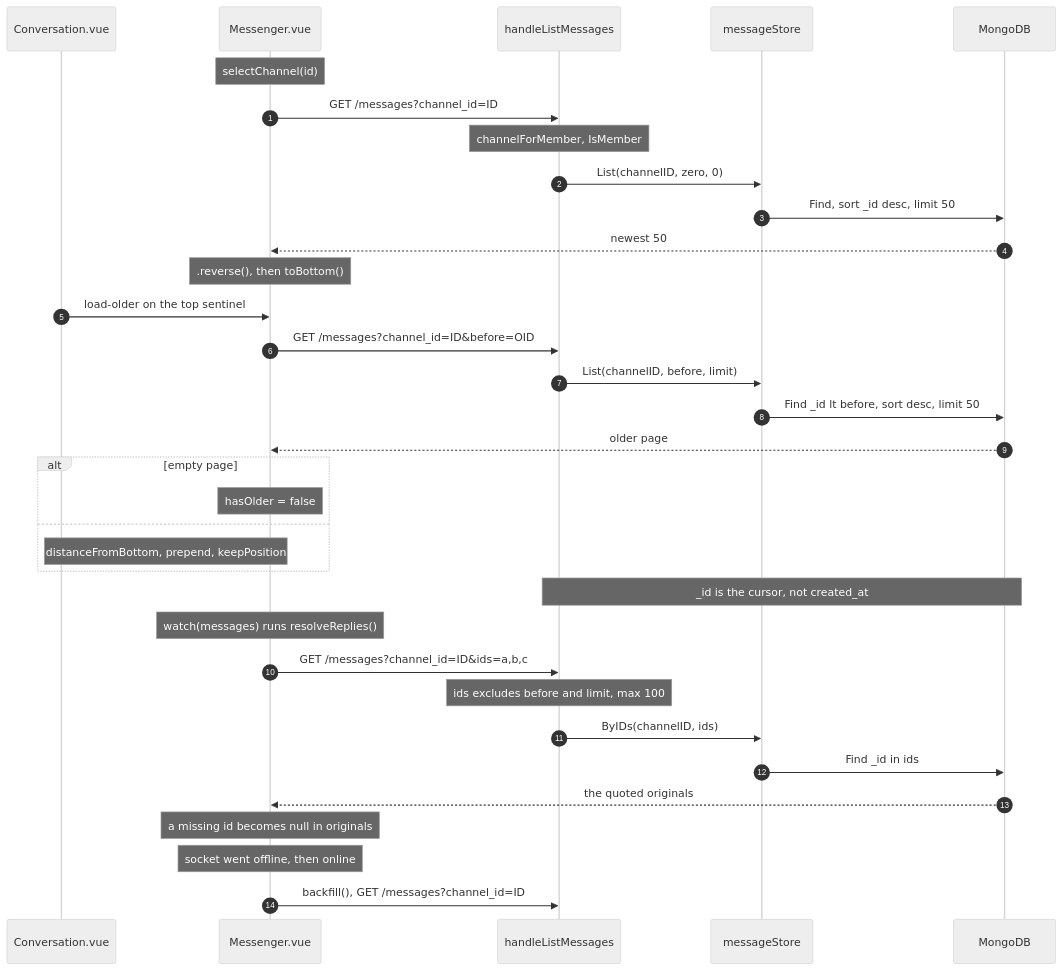
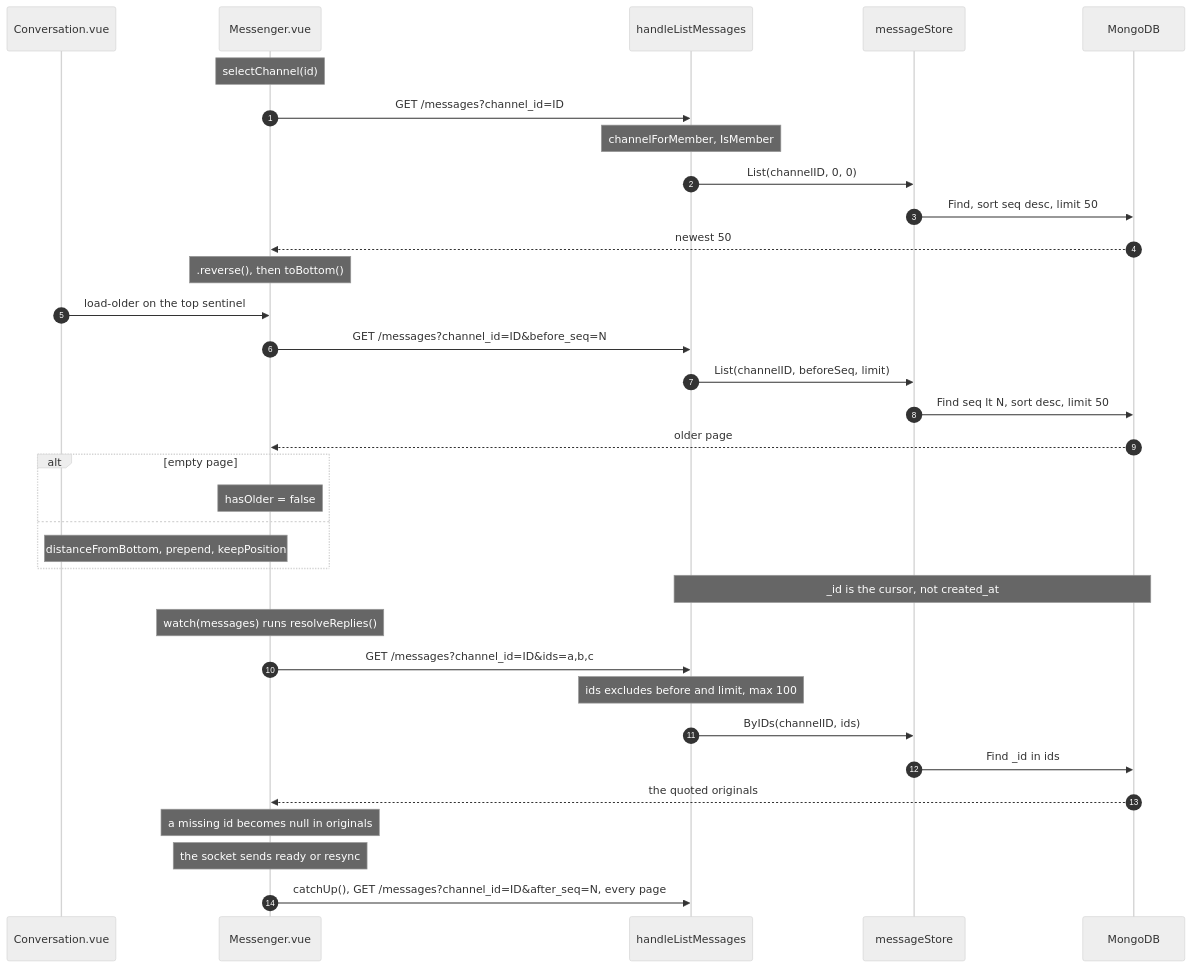
One commit to hdmtrn/nosql-messenger changed the diagram in docs/diagrams/seq-load-history.mmd. Above: the diagram before and after it, drawn with Mermaid (neutral theme). The commit also changed 30 other files, not shown here.

```diff
--- a/docs/diagrams/seq-load-history.mmd
+++ b/docs/diagrams/seq-load-history.mmd
@@ -1,42 +1,42 @@
-%% Loading history: first page, older pages, reply originals, backfill.
+%% Loading history: first page, older pages, reply originals, catch-up.
 %% See README for the notes referenced by step number.
 %% Sources: web/src/views/Messenger.vue, web/src/views/Conversation.vue,
 %% server/messages_http.go, server/messages.go
 sequenceDiagram
   autonumber
   participant CV as Conversation.vue
   participant MG as Messenger.vue
   participant H as handleListMessages
   participant MS as messageStore
   participant M as MongoDB
 
   Note over MG: selectChannel(id)
   MG->>H: GET /messages?channel_id=ID
   Note over H: channelForMember, IsMember
-  H->>MS: List(channelID, zero, 0)
-  MS->>M: Find, sort _id desc, limit 50
+  H->>MS: List(channelID, 0, 0)
+  MS->>M: Find, sort seq desc, limit 50
   M-->>MG: newest 50
   Note over MG: .reverse(), then toBottom()
 
   CV->>MG: load-older on the top sentinel
-  MG->>H: GET /messages?channel_id=ID&before=OID
-  H->>MS: List(channelID, before, limit)
-  MS->>M: Find _id lt before, sort desc, limit 50
+  MG->>H: GET /messages?channel_id=ID&before_seq=N
+  H->>MS: List(channelID, beforeSeq, limit)
+  MS->>M: Find seq lt N, sort desc, limit 50
   M-->>MG: older page
   alt empty page
     Note over MG: hasOlder = false
   else
     Note over CV,MG: distanceFromBottom, prepend, keepPosition
   end
   Note over H,M: _id is the cursor, not created_at
 
   Note over MG: watch(messages) runs resolveReplies()
   MG->>H: GET /messages?channel_id=ID&ids=a,b,c
   Note over H: ids excludes before and limit, max 100
   H->>MS: ByIDs(channelID, ids)
   MS->>M: Find _id in ids
   M-->>MG: the quoted originals
   Note over MG: a missing id becomes null in originals
 
-  Note over MG: socket went offline, then online
-  MG->>H: backfill(), GET /messages?channel_id=ID
+  Note over MG: the socket sends ready or resync
+  MG->>H: catchUp(), GET /messages?channel_id=ID&after_seq=N, every page
```
